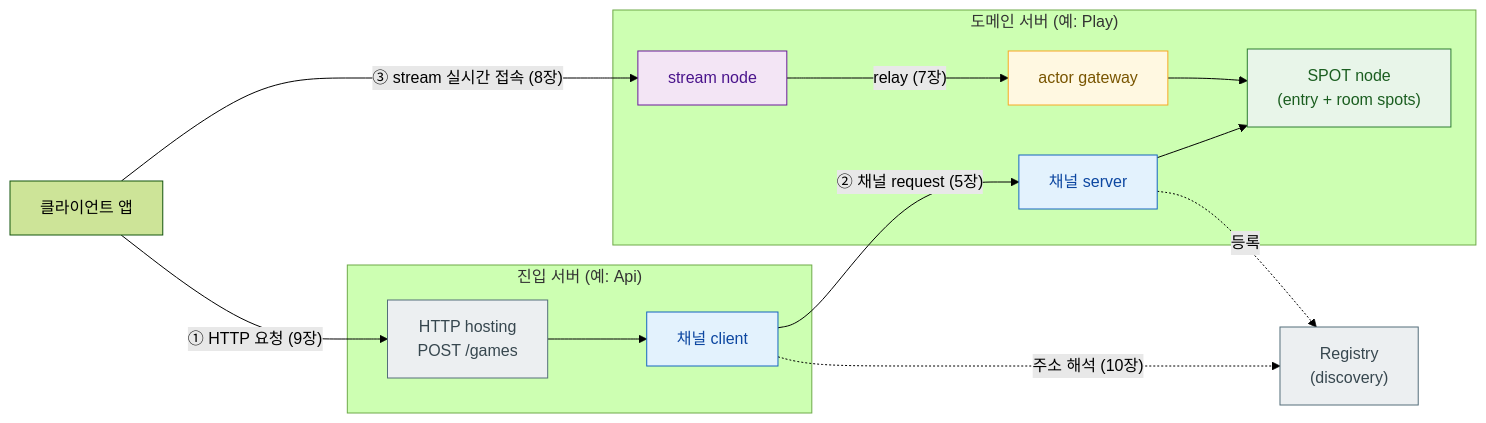
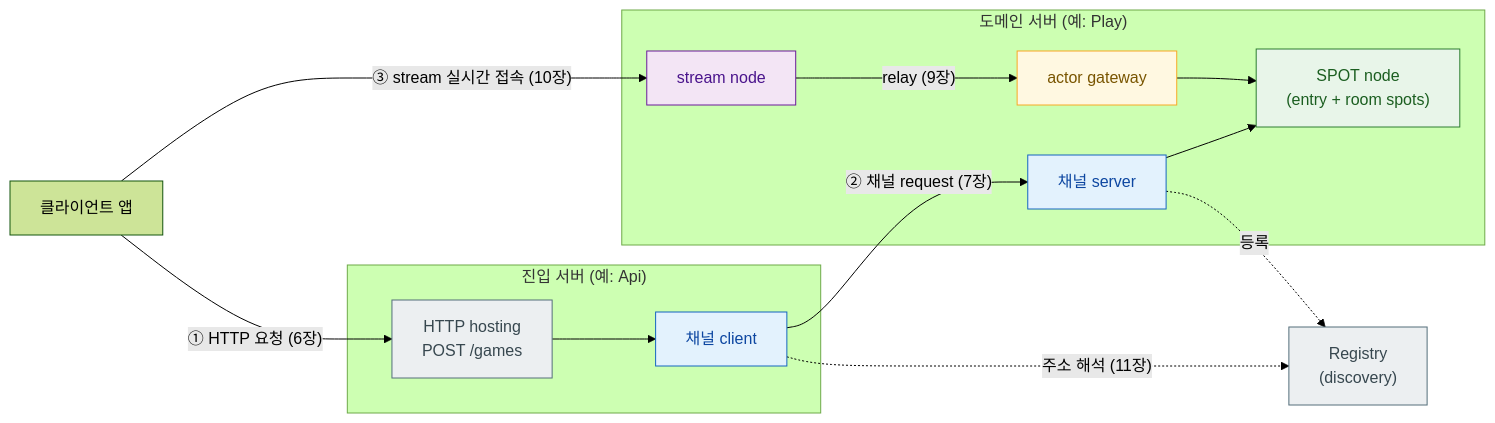
One commit to kairos-code-dev/zlink changed the diagram in framework/languages/cpp/doc/guide/01-overview.ko.md. Above: the diagram before and after it, drawn with Mermaid (forest theme). The commit also changed other lines of this file and 19 other files, not shown here.

````diff
--- a/framework/languages/cpp/doc/guide/01-overview.ko.md
+++ b/framework/languages/cpp/doc/guide/01-overview.ko.md
@@ -111,30 +210,30 @@
 ```mermaid
 flowchart LR
     Client["클라이언트 앱"]
     subgraph Api["진입 서버 (예: Api)"]
         HTTP["HTTP hosting<br/>POST /games"]:::infra
         ApiC["채널 client"]:::channel
     end
     subgraph Core["도메인 서버 (예: Play)"]
         CoreS["채널 server"]:::channel
         SpotN["SPOT node<br/>(entry + room spots)"]:::spot
         StreamN["stream node"]:::stream
         ActorG["actor gateway"]:::actor
     end
     Registry["Registry<br/>(discovery)"]:::infra
 
-    Client -- "① HTTP 요청 (9장)" --> HTTP
+    Client -- "① HTTP 요청 (6장)" --> HTTP
     HTTP --> ApiC
-    ApiC -- "② 채널 request (5장)" --> CoreS
+    ApiC -- "② 채널 request (7장)" --> CoreS
     CoreS --> SpotN
-    Client -- "③ stream 실시간 접속 (8장)" --> StreamN
-    StreamN -- "relay (7장)" --> ActorG --> SpotN
-    ApiC -.->|"주소 해석 (10장)"| Registry
+    Client -- "③ stream 실시간 접속 (10장)" --> StreamN
+    StreamN -- "relay (9장)" --> ActorG --> SpotN
+    ApiC -.->|"주소 해석 (11장)"| Registry
     CoreS -.->|등록| Registry
 
     classDef channel fill:#e3f2fd,stroke:#1565c0,color:#0d47a1
     classDef spot fill:#e8f5e9,stroke:#2e7d32,color:#1b5e20
     classDef actor fill:#fff8e1,stroke:#f9a825,color:#795500
     classDef stream fill:#f3e5f5,stroke:#6a1b9a,color:#4a148c
     classDef infra fill:#eceff1,stroke:#546e7a,color:#37474f
 ```
````
